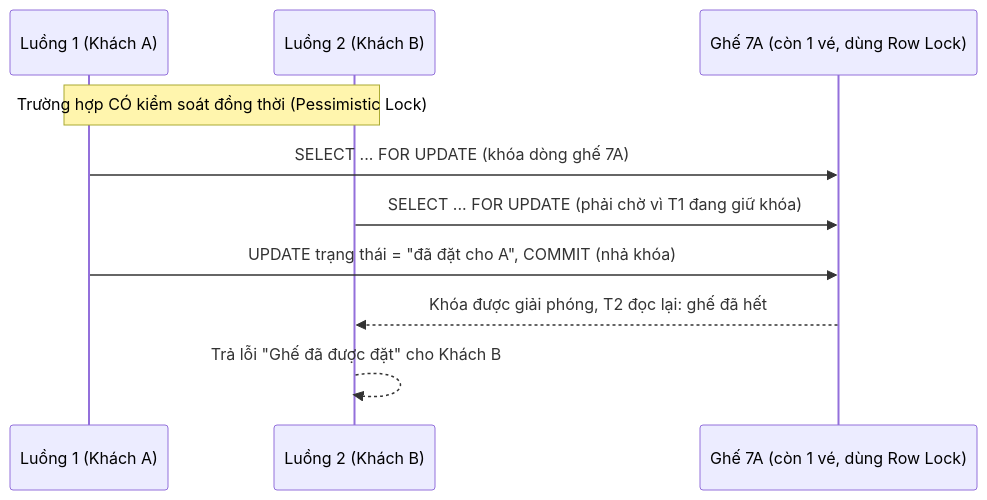
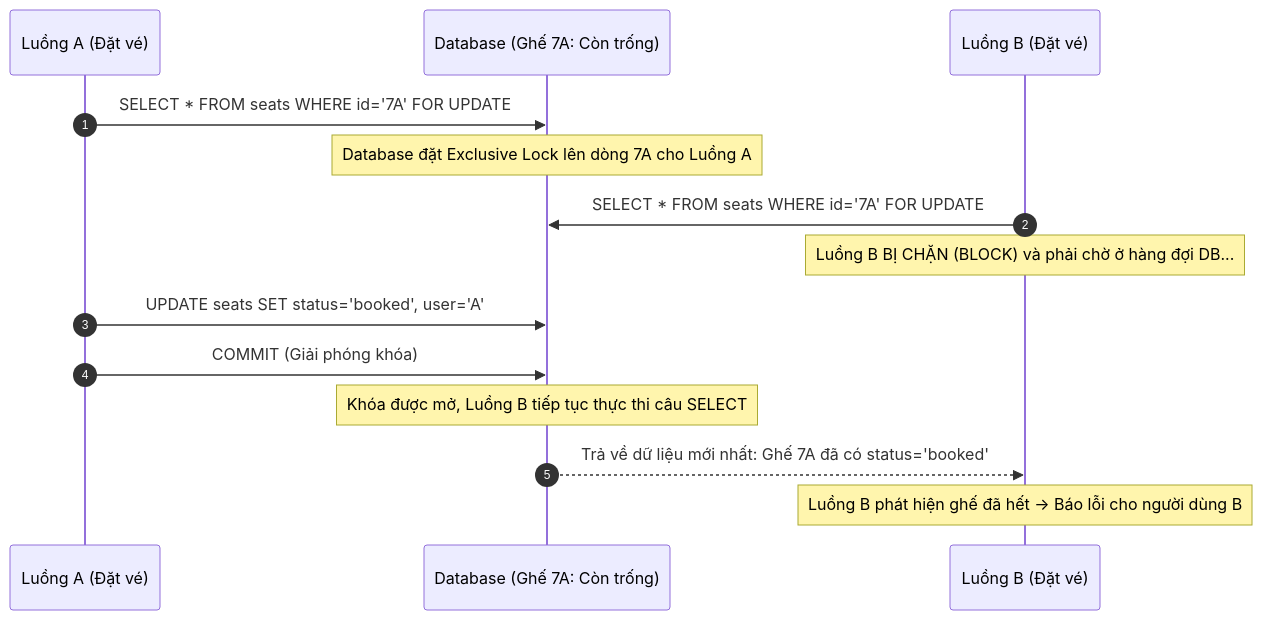
One commit to henruysun2511/software-engineering-handbook changed the ninth of 22 diagrams in backend/10-khai-niem-backend-co-ban.md. Above: the diagram before and after it, drawn with Mermaid. The commit also changed other lines of this file and 73 other files, not shown here.

````diff
--- a/backend/10-khai-niem-backend-co-ban.md
+++ b/backend/10-khai-niem-backend-co-ban.md
@@ -326,13 +343,17 @@
 ```mermaid
 sequenceDiagram
-    participant T1 as Luồng 1 (Khách A)
-    participant T2 as Luồng 2 (Khách B)
-    participant D as Ghế 7A (còn 1 vé, dùng Row Lock)
+    autonumber
+    participant A as Luồng A (Đặt vé)
+    participant DB as Database (Ghế 7A: Còn trống)
+    participant B as Luồng B (Đặt vé)
 
-    Note over T1,T2: Trường hợp CÓ kiểm soát đồng thời (Pessimistic Lock)
-    T1->>D: SELECT ... FOR UPDATE (khóa dòng ghế 7A)
-    T2->>D: SELECT ... FOR UPDATE (phải chờ vì T1 đang giữ khóa)
-    T1->>D: UPDATE trạng thái = "đã đặt cho A", COMMIT (nhả khóa)
-    D-->>T2: Khóa được giải phóng, T2 đọc lại: ghế đã hết
-    T2-->>T2: Trả lỗi "Ghế đã được đặt" cho Khách B
+    A->>DB: SELECT * FROM seats WHERE id='7A' FOR UPDATE
+    Note over DB: Database đặt Exclusive Lock lên dòng 7A cho Luồng A
+    B->>DB: SELECT * FROM seats WHERE id='7A' FOR UPDATE
+    Note over B: Luồng B BỊ CHẶN (BLOCK) và phải chờ ở hàng đợi DB...
+    A->>DB: UPDATE seats SET status='booked', user='A'
+    A->>DB: COMMIT (Giải phóng khóa)
+    Note over DB: Khóa được mở, Luồng B tiếp tục thực thi câu SELECT
+    DB-->>B: Trả về dữ liệu mới nhất: Ghế 7A đã có status='booked'
+    Note over B: Luồng B phát hiện ghế đã hết -> Báo lỗi cho người dùng B
 ```
````
